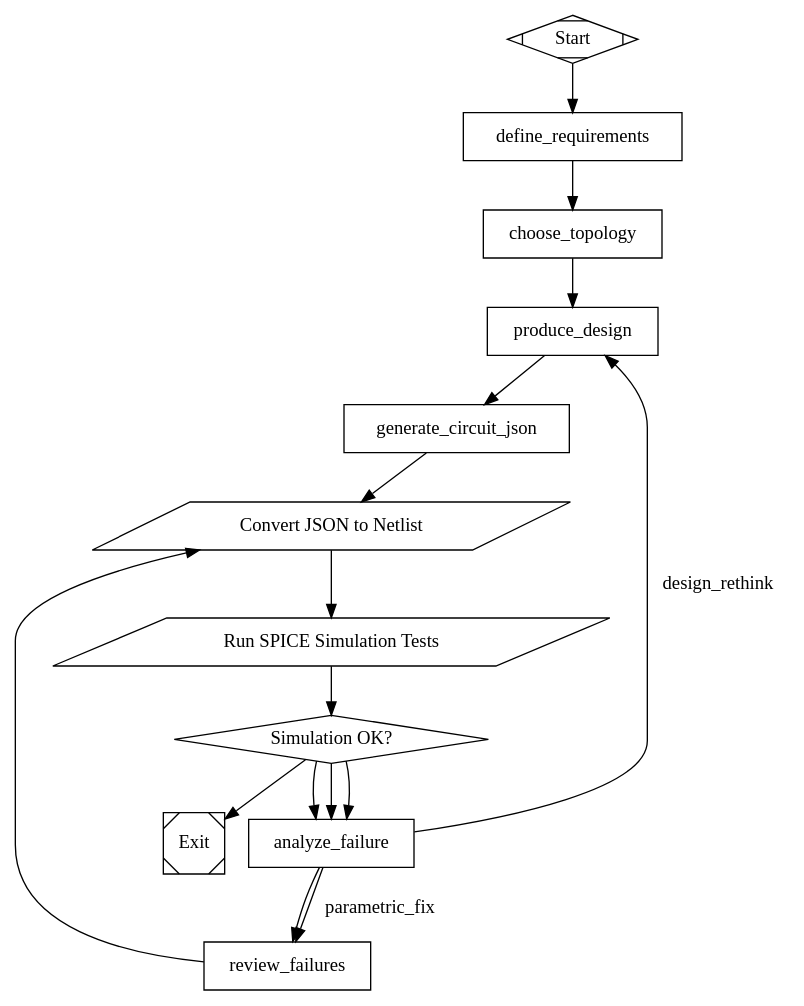
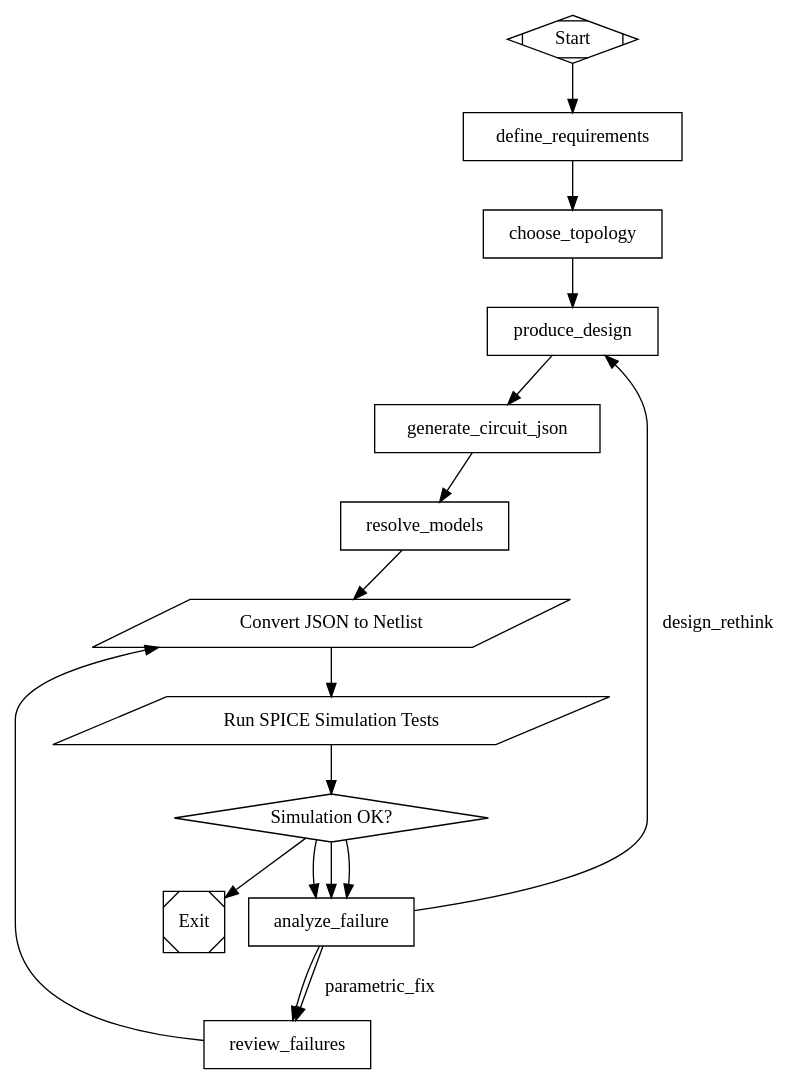
The diagram in examples/netlist-blink-red-led/circuit-design.dot (qhcorp/kilroy), drawn with Graphviz before and after one commit.

Commit message:
Add resolve_models node to validate and web-search for missing SPICE models
The LLM was generating netlists referencing model names (e.g., led_red, q2n3904)
that didn't match the library files, causing repeated simulation failures. This
new node sits between generate_circuit_json and convert_to_netlist to verify all
model includes exist, fix name mismatches, and web-search for genuinely missing
models before netlist generation.

```diff
--- a/examples/netlist-blink-red-led/circuit-design.dot
+++ b/examples/netlist-blink-red-led/circuit-design.dot
@@ -224,6 +224,47 @@
 {\"status\":\"fail\",\"failure_reason\":\"...\",\"failure_class\":\"deterministic\"}"
     ]
 
+    resolve_models [
+        shape=box,
+        auto_status=true,
+        prompt="Goal: $goal
+
+Read:
+- .ai/runs/$KILROY_RUN_ID/circuit.json
+
+Your job is to verify that every SPICE model referenced in circuit.json actually exists and is
+correctly included, BEFORE the netlist is generated. This prevents simulation failures from missing models.
+
+Step 1 — Check local model files:
+For each entry in the \"includes\" array, verify the file exists under models/kicad-spice-library/.
+For each component that has a \"model\" field (e.g., BJTs with Q2N3904, diodes with LED_GENERAL),
+open the corresponding included .lib file and confirm it contains a .model or .subckt line
+matching that exact name (case-sensitive).
+
+Step 2 — Fix mismatches:
+If a model name in a component doesn't match the name inside the .lib file, update circuit.json
+to use the correct name. Common issues:
+- Using \"led_red\" when the file defines \"LED_GENERAL\"
+- Using \"2N3904\" when the file defines \"Q2N3904\"
+- Missing entries in the \"includes\" array
+
+Step 3 — Search the web for missing models:
+If a required .lib file does NOT exist anywhere under models/kicad-spice-library/, search the web
+for the SPICE model definition (e.g., search \"Q2N3904 ngspice .model NPN parameters\").
+When you find a valid .model or .subckt definition, save it as a new .lib file under
+models/kicad-spice-library/Models/ in an appropriate subdirectory, and update the circuit.json
+\"includes\" array to reference it.
+
+Step 4 — Final validation:
+After all fixes, re-read circuit.json and confirm:
+- Every \"includes\" path resolves to a real file
+- Every component model name matches a definition in the included files
+- Write the corrected circuit.json back to .ai/runs/$KILROY_RUN_ID/circuit.json
+
+Write to $KILROY_STAGE_STATUS_PATH (fallback: $KILROY_STAGE_STATUS_FALLBACK_PATH) ONLY on failure:
+{\"status\":\"fail\",\"failure_reason\":\"...\",\"failure_class\":\"deterministic\"}"
+    ]
+
     convert_to_netlist [
         shape=parallelogram,
         label="Convert JSON to Netlist",
@@ -321,7 +362,8 @@
     define_requirements -> choose_topology
     choose_topology -> produce_design
     produce_design -> generate_circuit_json
-    generate_circuit_json -> convert_to_netlist
+    generate_circuit_json -> resolve_models
+    resolve_models -> convert_to_netlist
     convert_to_netlist -> run_simulation
     run_simulation -> check_simulation
     check_simulation -> exit [condition="outcome=success"]
```
